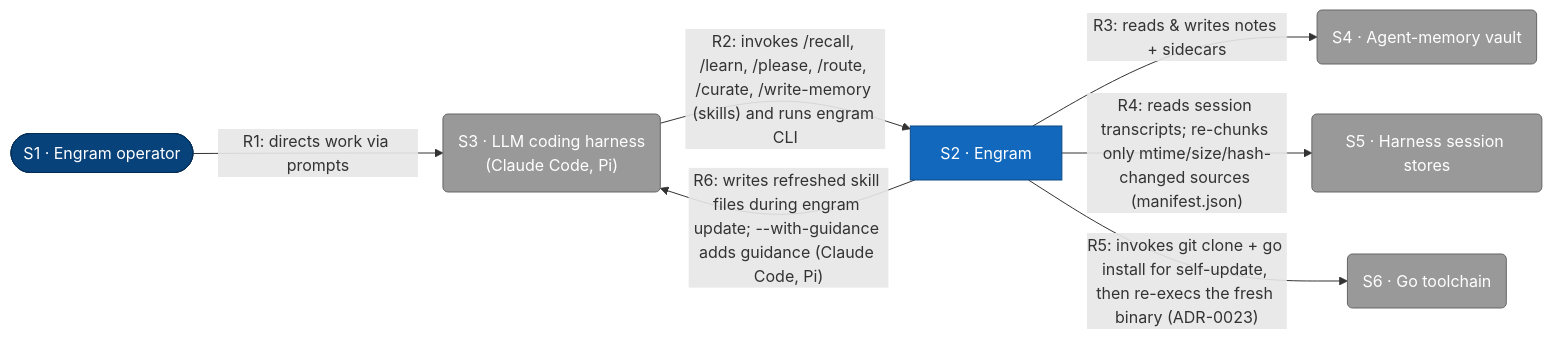
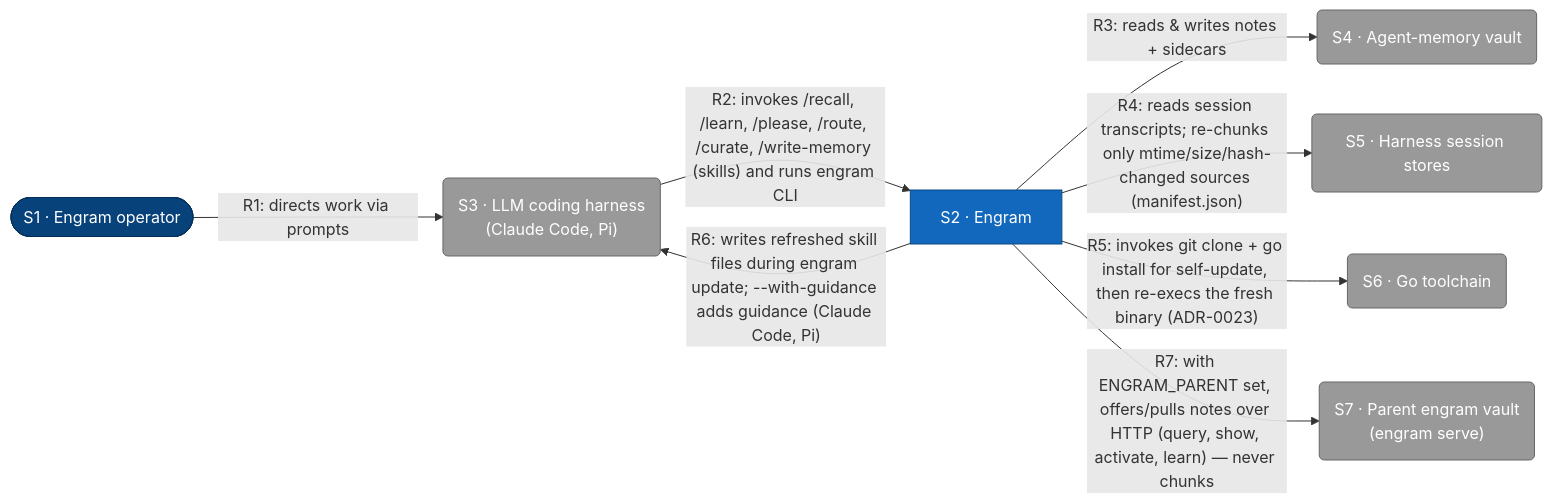
One commit to toejough/engram changed the first of 8 diagrams in docs/architecture/c1-system-context.md. Above: the diagram before and after it, drawn with Mermaid. The commit also changed other lines of this file and 7 other files, not shown here.

````diff
--- a/docs/architecture/c1-system-context.md
+++ b/docs/architecture/c1-system-context.md
@@ -9,31 +9,34 @@
 ```mermaid
 flowchart LR
     classDef person      fill:#08427b,stroke:#052e56,color:#fff
     classDef external    fill:#999,   stroke:#666,   color:#fff
     classDef container   fill:#1168bd,stroke:#0b4884,color:#fff
 
     user([S1 · Engram operator])
     engram[S2 · Engram]
     harness("S3 · LLM coding harness<br/>(Claude Code, Pi)")
     vault(S4 · Agent-memory vault)
     sessions(S5 · Harness session stores)
     gotool(S6 · Go toolchain)
+    parentvault("S7 · Parent engram vault<br/>(engram serve)")
 
     user -->|"R1: directs work via prompts"| harness
     harness -->|"R2: invokes /recall, /learn, /please, /route, /curate, /write-memory (skills) and runs engram CLI"| engram
     engram -->|"R3: reads & writes notes + sidecars"| vault
     engram -->|"R4: reads session transcripts; re-chunks only mtime/size/hash-changed sources (manifest.json)"| sessions
     engram -->|"R5: invokes git clone + go install for self-update, then re-execs the fresh binary (ADR-0023)"| gotool
     engram -->|"R6: writes refreshed skill files during engram update; --with-guidance adds guidance (Claude Code, Pi)"| harness
+    engram -->|"R7: with ENGRAM_PARENT set, offers/pulls notes over HTTP (query, show, activate, learn) — never chunks"| parentvault
 
     class user person
-    class harness,vault,sessions,gotool external
+    class harness,vault,sessions,gotool,parentvault external
     class engram container
 
     click user href "#s1-engram-operator"
     click engram href "#s2-engram"
     click harness href "#s3-llm-coding-harness"
     click vault href "#s4-agent-memory-vault"
     click sessions href "#s5-harness-session-stores"
     click gotool href "#s6-go-toolchain"
+    click parentvault href "#s7-parent-engram-vault"
 ```
````
